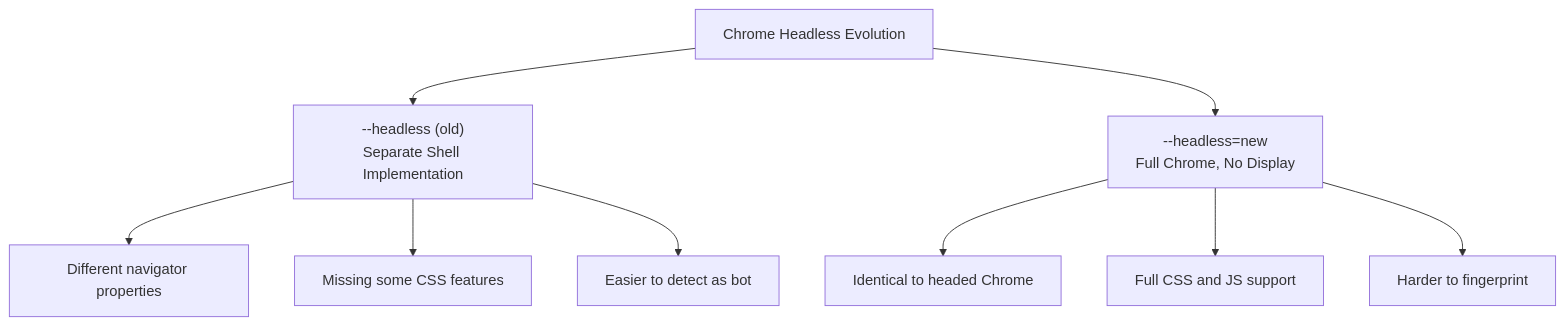
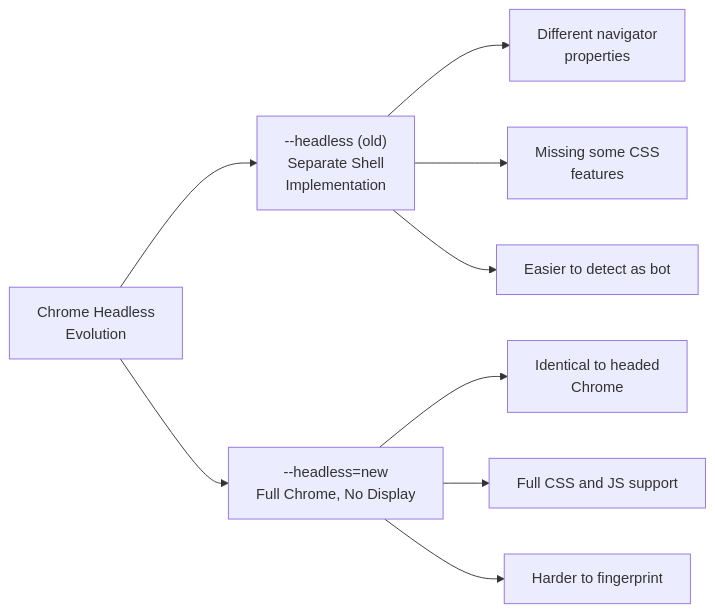
The second of 3 diagrams in _posts/2026-02-11-setting-up-headless-chromedriver-eliminating-browser-window.md (bytetunnels/bytetunnels.github.com), drawn with Mermaid before and after one commit. The commit also changed other lines of this file and 118 other files, not shown here.

Commit message:
feat: improve diagram styling and compact wide flowcharts

````diff
--- a/_posts/2026-02-11-setting-up-headless-chromedriver-eliminating-browser-window.md
+++ b/_posts/2026-02-11-setting-up-headless-chromedriver-eliminating-browser-window.md
@@ -131,12 +131,12 @@
 ```mermaid
-graph TB
-    A[Chrome Headless Evolution]
-    A --> B["--headless (old)<br>Separate Shell Implementation"]
-    A --> C["--headless=new<br>Full Chrome, No Display"]
-    B --> D[Different navigator properties]
-    B --> E[Missing some CSS features]
+graph LR
+    A["Chrome Headless<br/>Evolution"]
+    A --> B["--headless (old)<br/>Separate Shell<br/>Implementation"]
+    A --> C["--headless=new<br/>Full Chrome, No Display"]
+    B --> D["Different navigator<br/>properties"]
+    B --> E["Missing some CSS<br/>features"]
     B --> F[Easier to detect as bot]
-    C --> G[Identical to headed Chrome]
+    C --> G["Identical to headed<br/>Chrome"]
     C --> H[Full CSS and JS support]
     C --> I[Harder to fingerprint]
 ```
````
